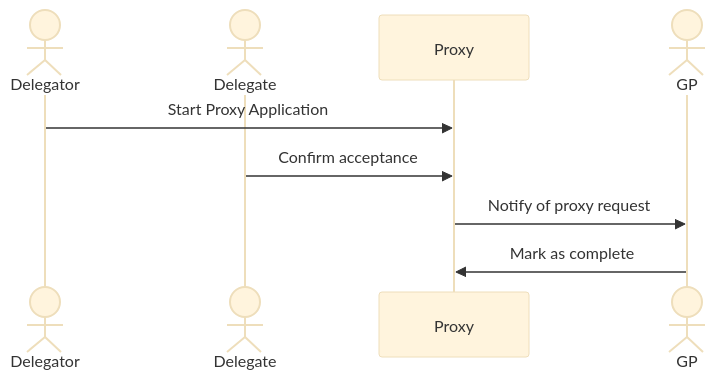
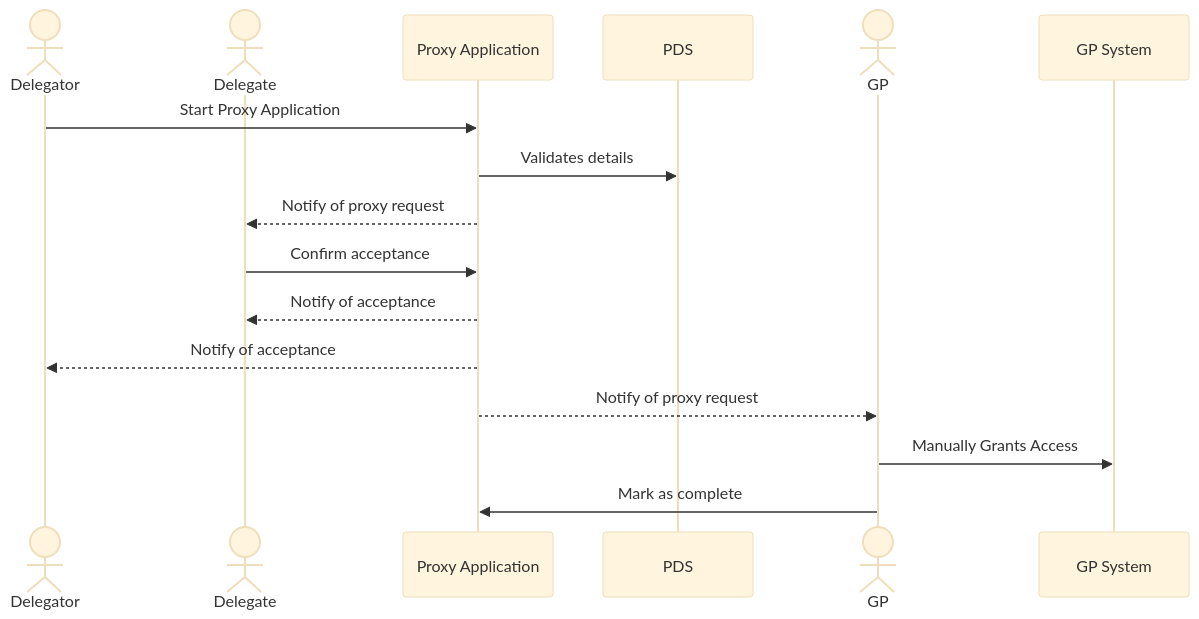
One commit to nhsexperience/nhs-experience changed the first of 2 diagrams in docs/nhs-proxy/proxy-mvp/index.md. Above: the diagram before and after it, drawn with Mermaid (base theme).

Commit message:
Added to simple proxy mvp diag.

````diff
--- a/docs/nhs-proxy/proxy-mvp/index.md
+++ b/docs/nhs-proxy/proxy-mvp/index.md
@@ -56,12 +56,18 @@
 ```mermaid
 sequenceDiagram
     actor Delegator
     actor Delegate
-    participant Proxy
+    participant Proxy as Proxy Application
+    participant PDS
     actor GP
-
+    participant GPSystem as GP System
     Delegator->>Proxy: Start Proxy Application
+    Proxy->>PDS: Validates details
+    Proxy-->>Delegate: Notify of proxy request
     Delegate->>Proxy: Confirm acceptance
-    Proxy->>GP: Notify of proxy request
+    Proxy-->>Delegate: Notify of acceptance
+    Proxy-->>Delegator: Notify of acceptance
+    Proxy-->>GP: Notify of proxy request
+    GP->>GPSystem: Manually Grants Access
     GP->>Proxy: Mark as complete
 ```
````
